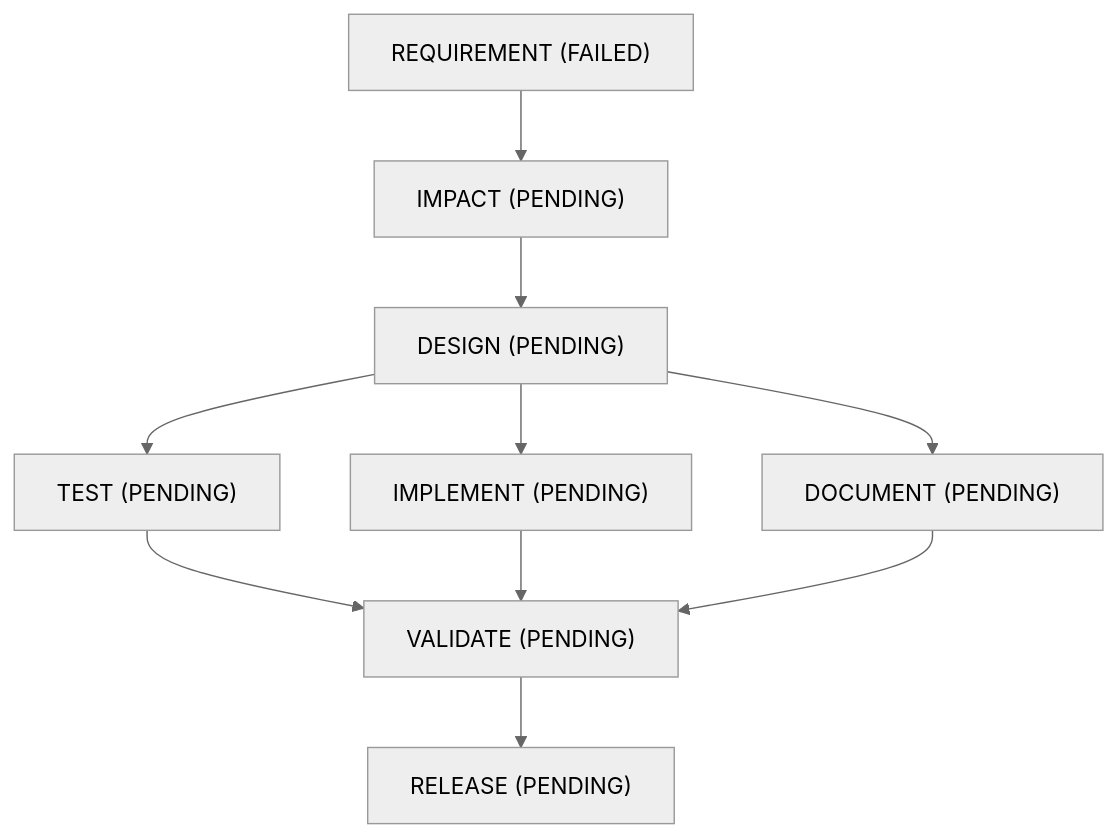
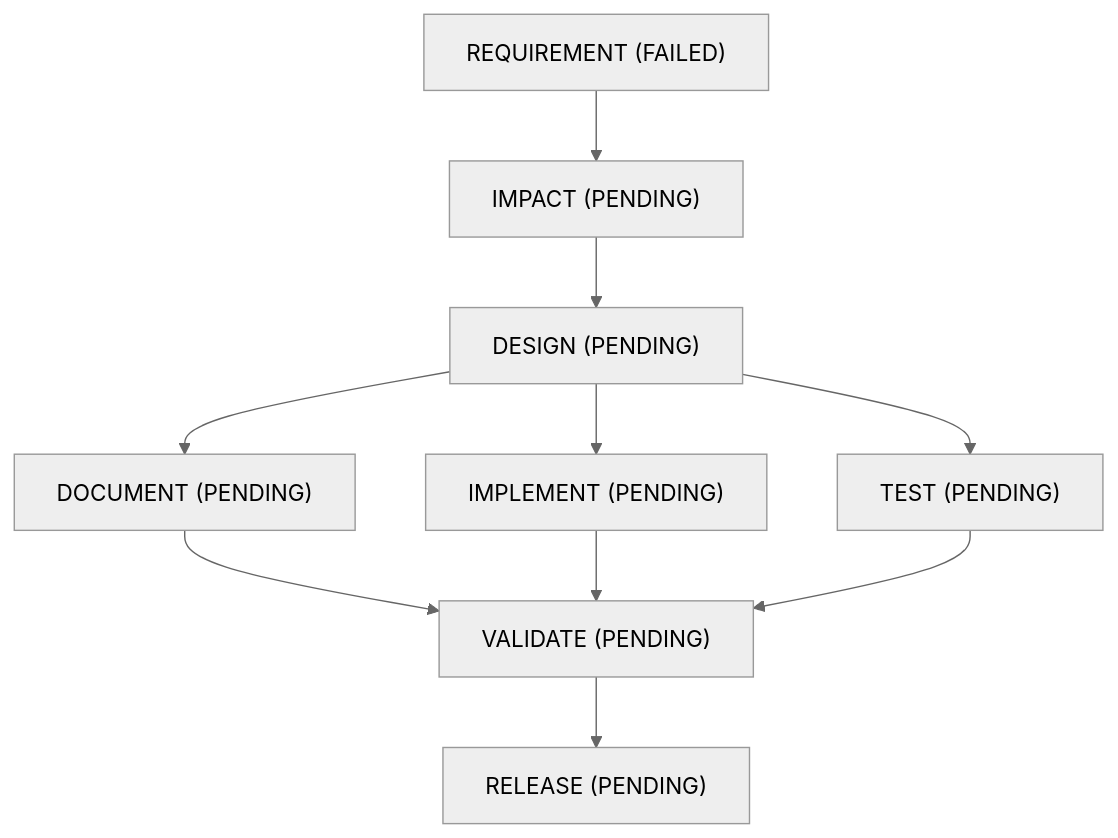
The diagram in runs/AMBIGUOUS-DEMO/report.md (sridharvukkadapu/Agentic-Software-Engineering-System), drawn with Mermaid (neutral theme) before and after one commit. The commit also changed other lines of this file and 13 other files, not shown here.

First line of the commit message:
Document the requirement-gate and TEST-stage findings; update committed runs

````diff
--- a/runs/AMBIGUOUS-DEMO/report.md
+++ b/runs/AMBIGUOUS-DEMO/report.md
@@ -18,20 +18,20 @@
 ```mermaid
 flowchart TD
     REQUIREMENT["REQUIREMENT (FAILED)"]
     IMPACT["IMPACT (PENDING)"]
     DESIGN["DESIGN (PENDING)"]
+    TEST["TEST (PENDING)"]
+    IMPLEMENT["IMPLEMENT (PENDING)"]
     DOCUMENT["DOCUMENT (PENDING)"]
-    IMPLEMENT["IMPLEMENT (PENDING)"]
-    TEST["TEST (PENDING)"]
     VALIDATE["VALIDATE (PENDING)"]
     RELEASE["RELEASE (PENDING)"]
     IMPACT --> DESIGN
+    DESIGN --> TEST
+    DESIGN --> IMPLEMENT
+    REQUIREMENT --> IMPACT
+    DOCUMENT --> VALIDATE
+    IMPLEMENT --> VALIDATE
+    TEST --> VALIDATE
+    VALIDATE --> RELEASE
     DESIGN --> DOCUMENT
-    VALIDATE --> RELEASE
-    TEST --> VALIDATE
-    IMPLEMENT --> VALIDATE
-    DOCUMENT --> VALIDATE
-    REQUIREMENT --> IMPACT
-    DESIGN --> IMPLEMENT
-    DESIGN --> TEST
 ```
````
